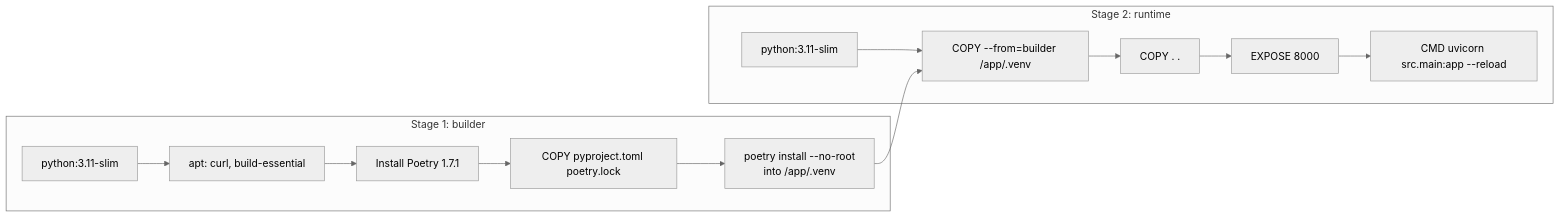
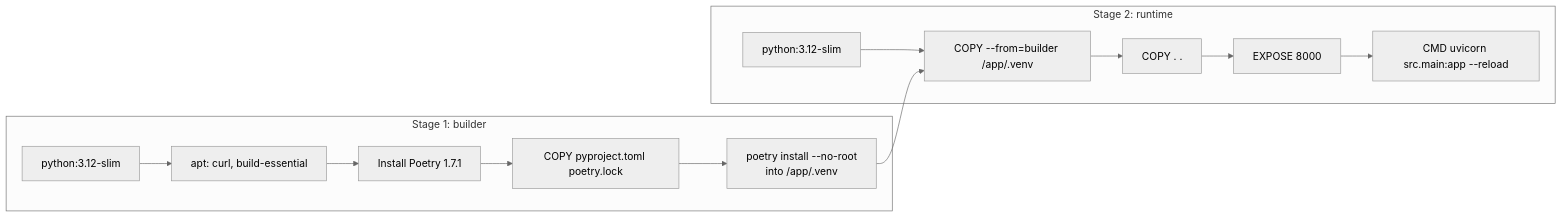
The fourth of 16 diagrams in docs/current/18-infrastructure-and-deployment.md (gondolerahul/hire-buddha-app), drawn with Mermaid (neutral theme) before and after one commit. The commit also changed other lines of this file and 8 other files, not shown here.

First line of the commit message:
fix(build): Python 3.12 everywhere - declared, type-checked, containerised (SA-21)

````diff
--- a/docs/current/18-infrastructure-and-deployment.md
+++ b/docs/current/18-infrastructure-and-deployment.md
@@ -281,16 +281,16 @@
 ```mermaid
 flowchart LR
     subgraph B["Stage 1: builder"]
-        B1["python:3.11-slim"] --> B2["apt: curl, build-essential"]
+        B1["python:3.12-slim"] --> B2["apt: curl, build-essential"]
         B2 --> B3["Install Poetry 1.7.1"]
         B3 --> B4["COPY pyproject.toml poetry.lock"]
         B4 --> B5["poetry install --no-root<br/>into /app/.venv"]
     end
     subgraph R["Stage 2: runtime"]
-        R1["python:3.11-slim"] --> R2["COPY --from=builder /app/.venv"]
+        R1["python:3.12-slim"] --> R2["COPY --from=builder /app/.venv"]
         R2 --> R3["COPY . ."]
         R3 --> R4["EXPOSE 8000"]
         R4 --> R5["CMD uvicorn src.main:app --reload"]
     end
     B5 --> R2
 ```
````
